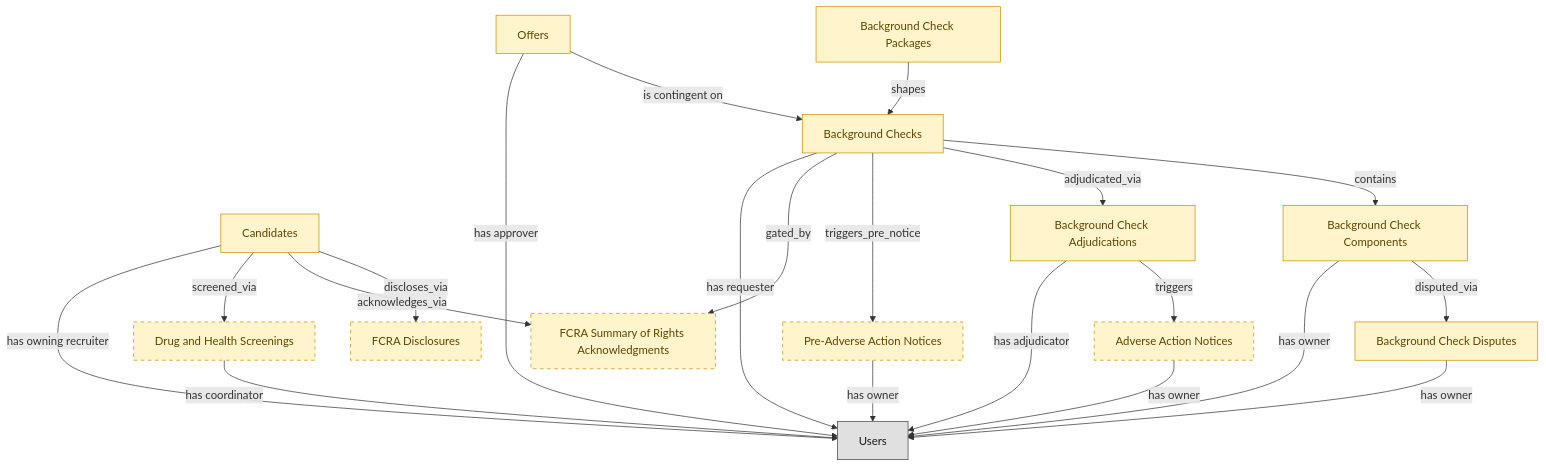
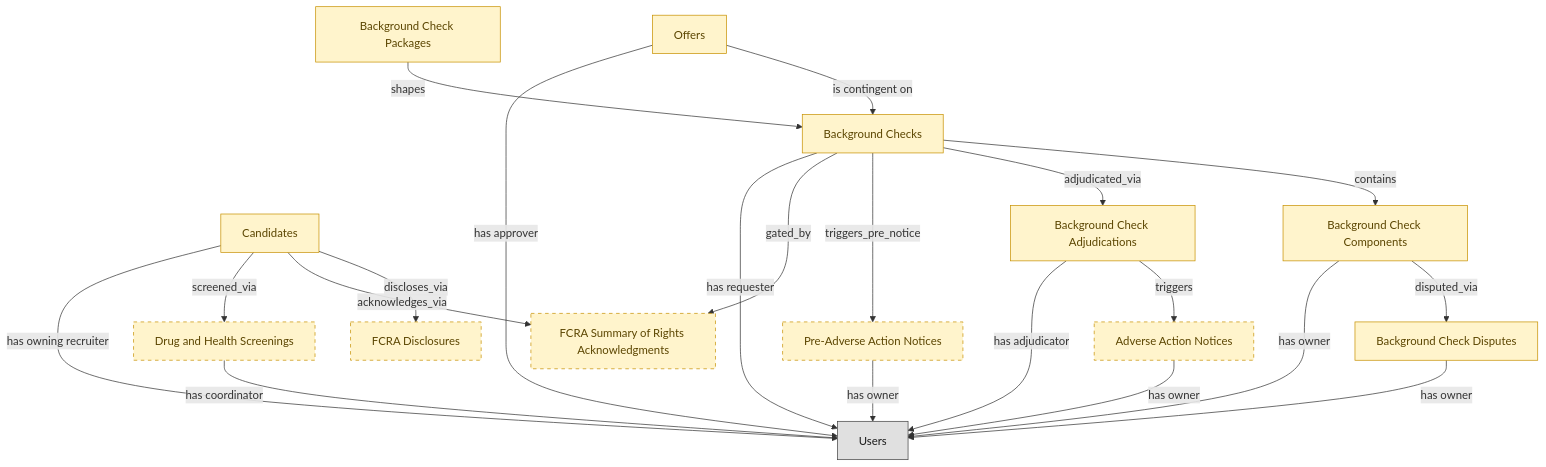
The diagram in catalog/blueprints/ats-background-checks-semantic-blueprint.md (IntranetFactory/domain-map), drawn with Mermaid before and after one commit. The commit also changed other lines of this file and 35 other files, not shown here.

````diff
--- a/catalog/blueprints/ats-background-checks-semantic-blueprint.md
+++ b/catalog/blueprints/ats-background-checks-semantic-blueprint.md
@@ -44,56 +44,56 @@
 ```mermaid
 flowchart TD
   classDef embedded_master fill:#fff4cc,stroke:#c79100,color:#5b4500;
   classDef platform_builtin fill:#e0e0e0,stroke:#424242,color:#1a1a1a;
   candidates["Candidates"]
   job_offers["Offers"]
-  background_check_components["Background Check Components"]
-  background_check_disputes["Background Check Disputes"]
-  background_check_adjudications["Background Check Adjudications"]
-  fcra_disclosures["FCRA Disclosures"]
-  adverse_action_notices["Adverse Action Notices"]
-  fcra_summary_of_rights_acknowledgements["FCRA Summary of Rights Acknowledgments"]
   background_checks["Background Checks"]
   background_check_packages["Background Check Packages"]
+  background_check_components["Background Check Components"]
+  fcra_disclosures["FCRA Disclosures"]
+  background_check_adjudications["Background Check Adjudications"]
+  adverse_action_notices["Adverse Action Notices"]
+  background_check_disputes["Background Check Disputes"]
+  pre_adverse_action_notices["Pre-Adverse Action Notices"]
+  fcra_summary_of_rights_acknowledgements["FCRA Summary of Rights Acknowledgments"]
   drug_health_screenings["Drug and Health Screenings"]
-  pre_adverse_action_notices["Pre-Adverse Action Notices"]
   users["Users"]
+  job_offers -->|"is contingent on"| background_checks
   background_checks -->|"contains"| background_check_components
   background_check_packages -->|"shapes"| background_checks
   candidates -->|"discloses_via"| fcra_disclosures
   background_checks -->|"adjudicated_via"| background_check_adjudications
   background_check_adjudications -->|"triggers"| adverse_action_notices
   background_check_components -->|"disputed_via"| background_check_disputes
   candidates -->|"acknowledges_via"| fcra_summary_of_rights_acknowledgements
   background_checks -->|"triggers_pre_notice"| pre_adverse_action_notices
   background_checks -->|"gated_by"| fcra_summary_of_rights_acknowledgements
-  job_offers -->|"is contingent on"| background_checks
   candidates -->|"screened_via"| drug_health_screenings
+  job_offers -->|"has approver"| users
   candidates -->|"has owning recruiter"| users
   background_checks -->|"has requester"| users
   background_check_components -->|"has owner"| users
   background_check_adjudications -->|"has adjudicator"| users
   adverse_action_notices -->|"has owner"| users
   background_check_disputes -->|"has owner"| users
   pre_adverse_action_notices -->|"has owner"| users
-  job_offers -->|"has approver"| users
   drug_health_screenings -->|"has coordinator"| users
   class candidates embedded_master;
   class job_offers embedded_master;
-  class background_check_components embedded_master;
-  class background_check_disputes embedded_master;
-  class background_check_adjudications embedded_master;
-  class fcra_disclosures embedded_master;
-  class adverse_action_notices embedded_master;
-  class fcra_summary_of_rights_acknowledgements embedded_master;
   class background_checks embedded_master;
   class background_check_packages embedded_master;
+  class background_check_components embedded_master;
+  class fcra_disclosures embedded_master;
+  class background_check_adjudications embedded_master;
+  class adverse_action_notices embedded_master;
+  class background_check_disputes embedded_master;
+  class pre_adverse_action_notices embedded_master;
+  class fcra_summary_of_rights_acknowledgements embedded_master;
   class drug_health_screenings embedded_master;
-  class pre_adverse_action_notices embedded_master;
   class users platform_builtin;
   style fcra_disclosures stroke-dasharray:5 5;
   style adverse_action_notices stroke-dasharray:5 5;
+  style pre_adverse_action_notices stroke-dasharray:5 5;
   style fcra_summary_of_rights_acknowledgements stroke-dasharray:5 5;
   style drug_health_screenings stroke-dasharray:5 5;
-  style pre_adverse_action_notices stroke-dasharray:5 5;
 ```
````
